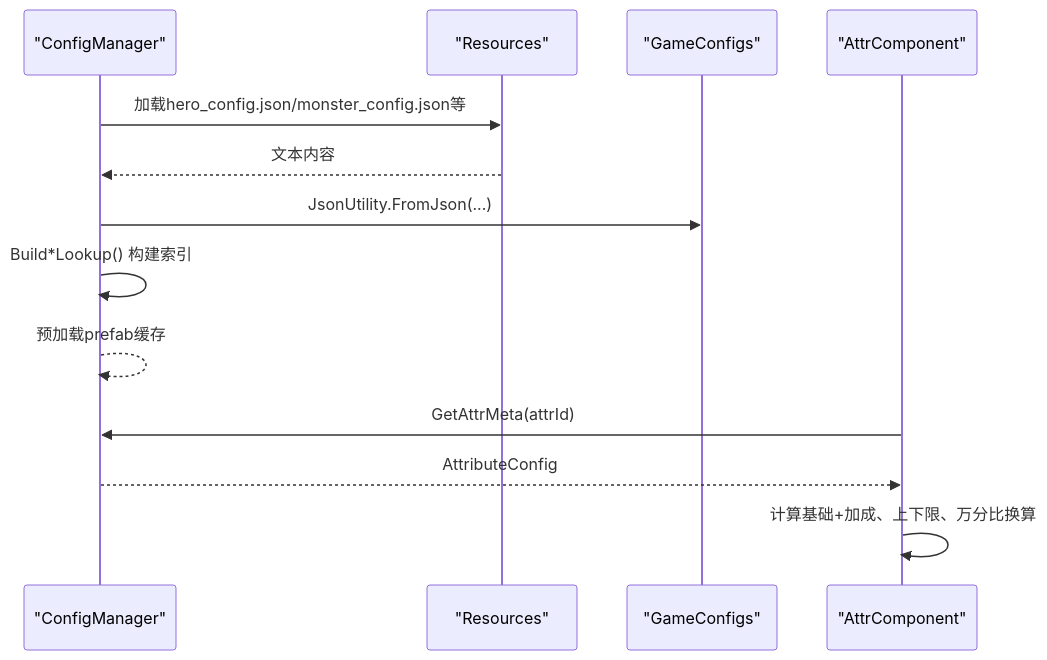
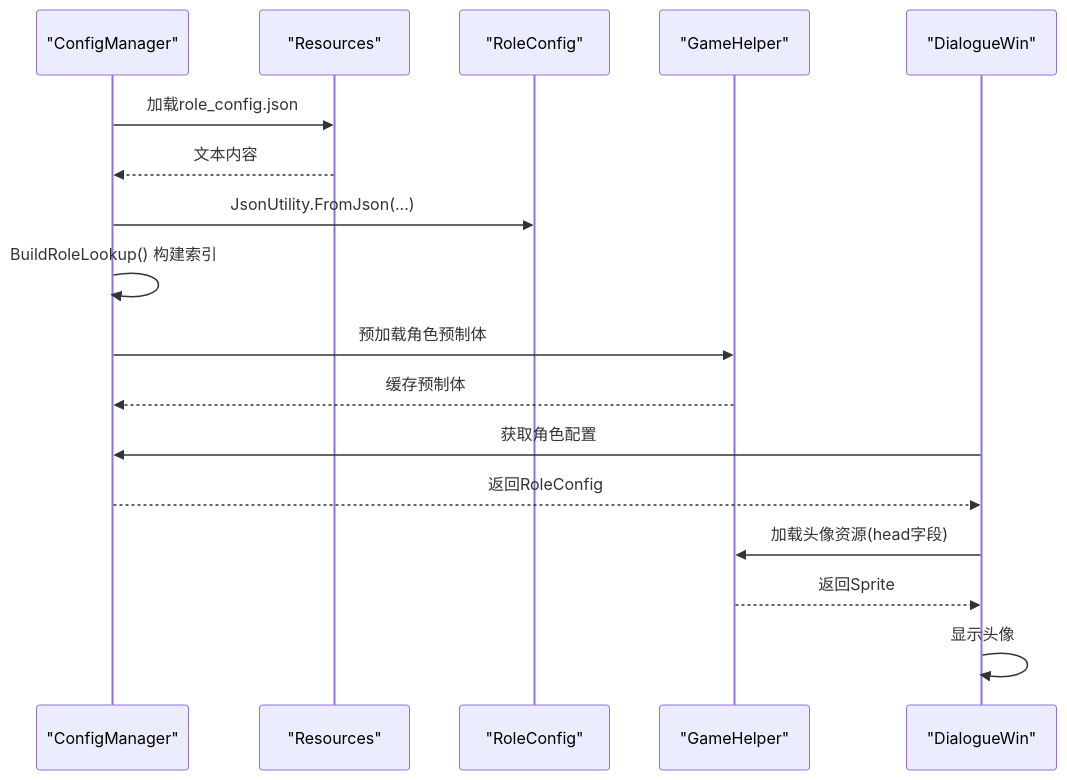
Before and after one commit to Tuusen/p1_client: the second of 5 diagrams in .qoder/repowiki/zh/content/配置管理系统/配置文件类型/角色配置文件.md, drawn with Mermaid. The commit also changed other lines of this file and 36 other files, not shown here.

````diff
--- a/.qoder/repowiki/zh/content/配置管理系统/配置文件类型/角色配置文件.md
+++ b/.qoder/repowiki/zh/content/配置管理系统/配置文件类型/角色配置文件.md
@@ -159,15 +174,19 @@
 ```mermaid
 sequenceDiagram
 participant CM as "ConfigManager"
 participant Res as "Resources"
-participant Model as "GameConfigs"
-participant Attr as "AttrComponent"
-CM->>Res : 加载hero_config.json/monster_config.json等
+participant Model as "RoleConfig"
+participant Helper as "GameHelper"
+participant UI as "DialogueWin"
+CM->>Res : 加载role_config.json
 Res-->>CM : 文本内容
 CM->>Model : JsonUtility.FromJson(...)
-CM->>CM : Build*Lookup() 构建索引
-CM-->>CM : 预加载prefab缓存
-Attr->>CM : GetAttrMeta(attrId)
-CM-->>Attr : AttributeConfig
-Attr->>Attr : 计算基础+加成、上下限、万分比换算
+CM->>CM : BuildRoleLookup() 构建索引
+CM->>Helper : 预加载角色预制体
+Helper-->>CM : 缓存预制体
+UI->>CM : 获取角色配置
+CM-->>UI : 返回RoleConfig
+UI->>Helper : 加载头像资源(head字段)
+Helper-->>UI : 返回Sprite
+UI->>UI : 显示头像
 ```
````
